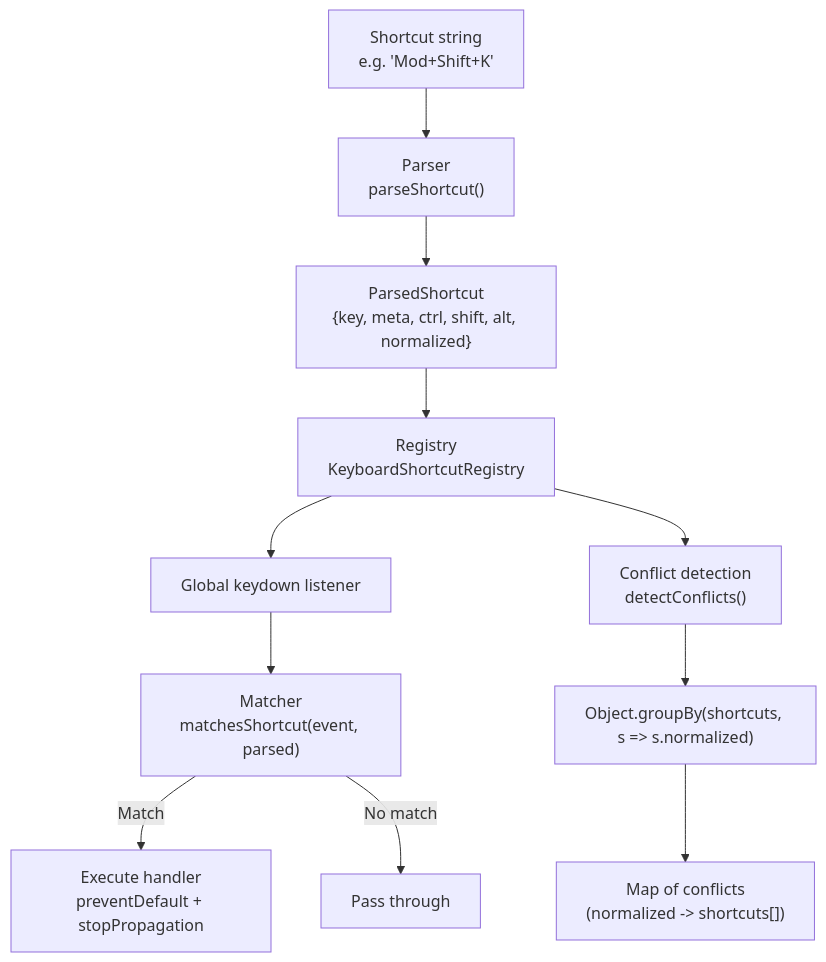
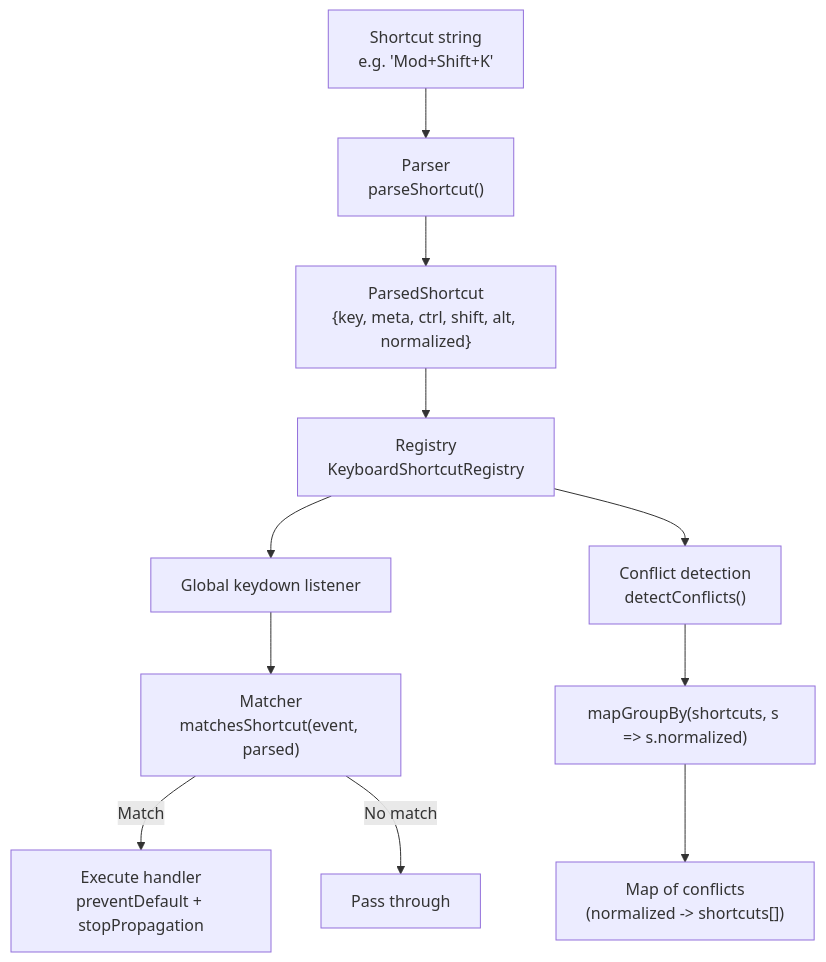
Before and after one commit to ABCrimson/modern-cmdk: the third of 5 diagrams in ARCHITECTURE.md, drawn with Mermaid. The commit also changed other lines of this file and 19 other files, not shown here.

````diff
--- a/ARCHITECTURE.md
+++ b/ARCHITECTURE.md
@@ -301,14 +301,14 @@
 ```mermaid
 flowchart TB
     A["Shortcut string<br/>e.g. 'Mod+Shift+K'"] --> B["Parser<br/>parseShortcut()"]
     B --> C["ParsedShortcut<br/>{key, meta, ctrl, shift, alt, normalized}"]
     C --> D["Registry<br/>KeyboardShortcutRegistry"]
     D --> E["Global keydown listener"]
     E --> F["Matcher<br/>matchesShortcut(event, parsed)"]
     F -->|Match| G["Execute handler<br/>preventDefault + stopPropagation"]
     F -->|No match| H["Pass through"]
 
     D --> I["Conflict detection<br/>detectConflicts()"]
-    I --> J["Object.groupBy(shortcuts, s => s.normalized)"]
+    I --> J["mapGroupBy(shortcuts, s => s.normalized)"]
     J --> K["Map of conflicts<br/>(normalized -> shortcuts[])"]
 ```
````
